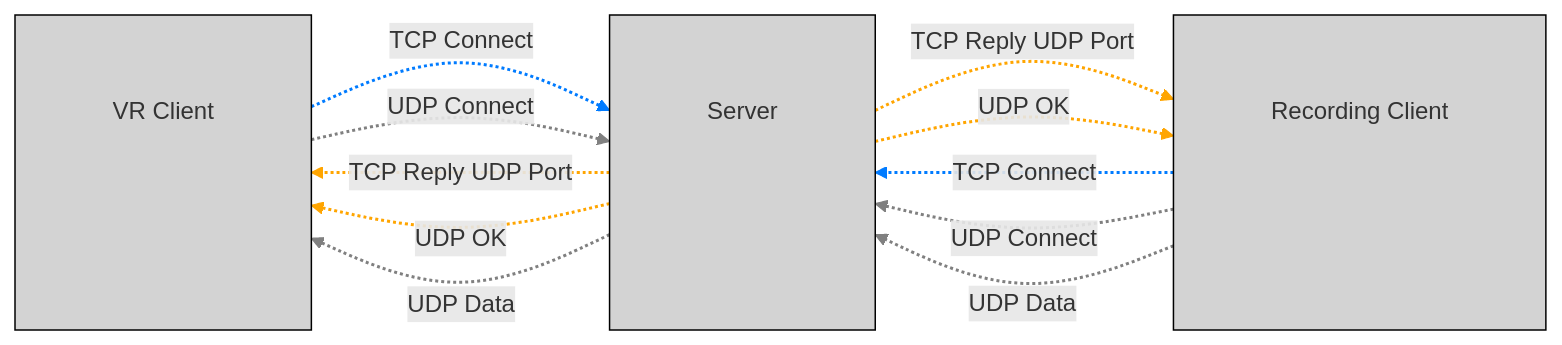
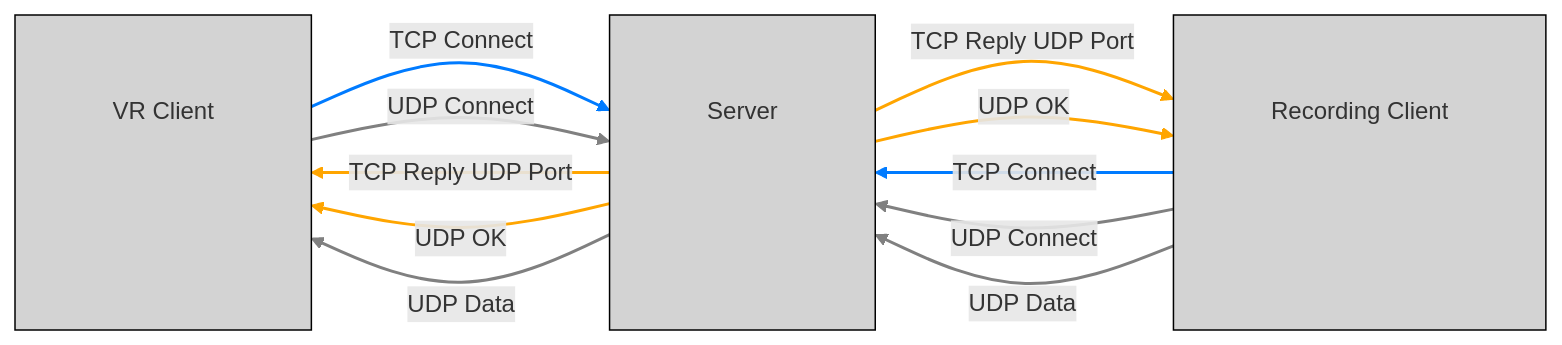
The diagram in README.md (B16boi/HoloPiano---VR-Piano-Instructor), drawn with Mermaid before and after one commit.

````diff
--- a/README.md
+++ b/README.md
@@ -9,51 +9,51 @@
 ```mermaid
 flowchart LR
     subgraph RecClient[ ]
     direction TB
     A["Recording Client"]
     end
 
     subgraph ServerBox[ ]
     direction TB
     B["Server"]
     end
 
     subgraph VRClient[ ]
     direction TB
     C["VR Client"]
     end
 
-    RecClient -.->|"TCP Connect"| ServerBox
+    RecClient -->|"TCP Connect"| ServerBox
     linkStyle 0 stroke:#007BFF,stroke-width:2px,yOffset:-70
-    ServerBox -.->|"TCP Reply UDP Port"| RecClient
+    ServerBox -->|"TCP Reply UDP Port"| RecClient
     linkStyle 1 stroke:#FFA500,stroke-width:2px,yOffset:-70
-    RecClient -.->|"UDP Connect"| ServerBox
+    RecClient -->|"UDP Connect"| ServerBox
     linkStyle 2 stroke:grey,stroke-width:2px,yOffset:-35
-    ServerBox -.->|"UDP OK"| RecClient
+    ServerBox -->|"UDP OK"| RecClient
     linkStyle 3 stroke:#FFA500,stroke-width:2px,yOffset:-35
-    RecClient -.->|"UDP Data"| ServerBox
+    RecClient -->|"UDP Data"| ServerBox
     linkStyle 4 stroke:grey,stroke-width:2px,yOffset:35
 
-    VRClient -.->|"TCP Connect"| ServerBox
+    VRClient -->|"TCP Connect"| ServerBox
     linkStyle 5 stroke:#007BFF,stroke-width:2px,yOffset:-70
-    ServerBox -.->|"TCP Reply UDP Port"| VRClient
+    ServerBox -->|"TCP Reply UDP Port"| VRClient
     linkStyle 6 stroke:#FFA500,stroke-width:2px,yOffset:-70
-    VRClient -.->|"UDP Connect"| ServerBox
+    VRClient -->|"UDP Connect"| ServerBox
     linkStyle 7 stroke:grey,stroke-width:2px,yOffset:-35
-    ServerBox -.->|"UDP OK"| VRClient
+    ServerBox -->|"UDP OK"| VRClient
     linkStyle 8 stroke:#FFA500,stroke-width:2px,yOffset:-35
-    ServerBox -.->|"UDP Data"| VRClient
+    ServerBox -->|"UDP Data"| VRClient
     linkStyle 9 stroke:grey,stroke-width:2px,yOffset:35
 
     A:::centered
     B:::centered
     C:::centered
 
     style RecClient fill:#D3D3D3,stroke:#000,stroke-width:1px,height:210px
     style ServerBox fill:#D3D3D3,stroke:#000,stroke-width:1px,height:210px
     style VRClient fill:#D3D3D3,stroke:#000,stroke-width:1px,height:210px
 
     classDef centered fill:none,stroke:none,yOffset:105
     classDef no-style fill:none,stroke:none
     class A,B,C no-style
 ```
````
